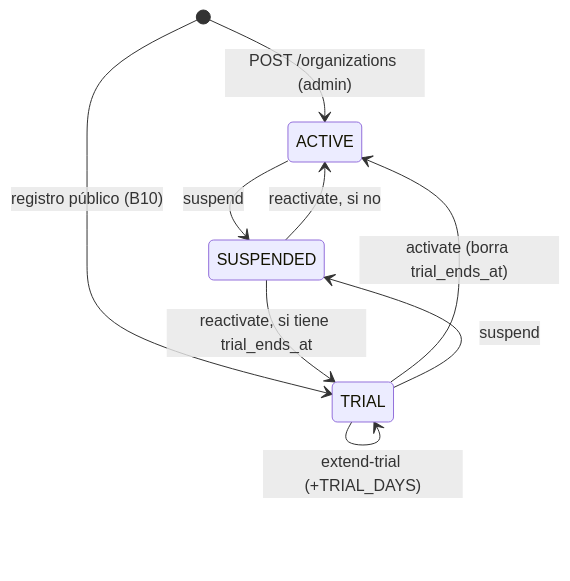
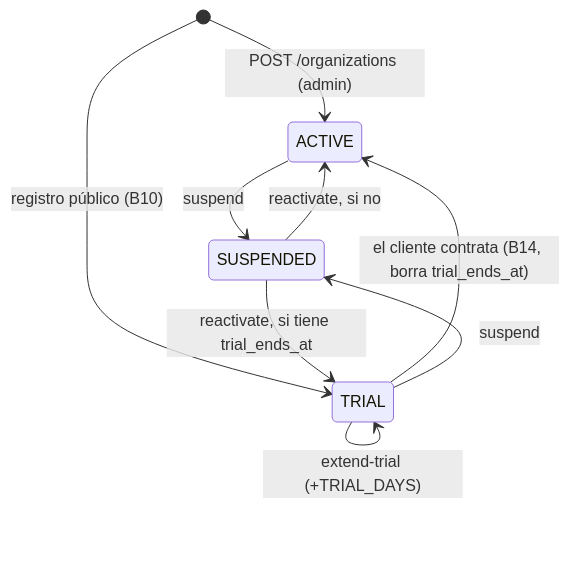
One commit to Anagamedina/ft_transcendence changed the first of 3 diagrams in docs/ana/13-organizaciones-b1/03-diagrama.md. Above: the diagram before and after it, drawn with Mermaid. The commit also changed other lines of this file and 2 other files, not shown here.

Commit message:
B1 notas: sin activate desde la B14, la prueba pasa a cliente al contratar

````diff
--- a/docs/ana/13-organizaciones-b1/03-diagrama.md
+++ b/docs/ana/13-organizaciones-b1/03-diagrama.md
@@ -5,11 +5,11 @@
 ```mermaid
 stateDiagram-v2
   [*] --> ACTIVE: POST /organizations (admin)
   [*] --> TRIAL: registro público (B10)
   TRIAL --> TRIAL: extend-trial (+TRIAL_DAYS)
-  TRIAL --> ACTIVE: activate (borra trial_ends_at)
+  TRIAL --> ACTIVE: el cliente contrata (B14, borra trial_ends_at)
   ACTIVE --> SUSPENDED: suspend
   TRIAL --> SUSPENDED: suspend
   SUSPENDED --> TRIAL: reactivate, si tiene trial_ends_at
   SUSPENDED --> ACTIVE: reactivate, si no
 ```
````
